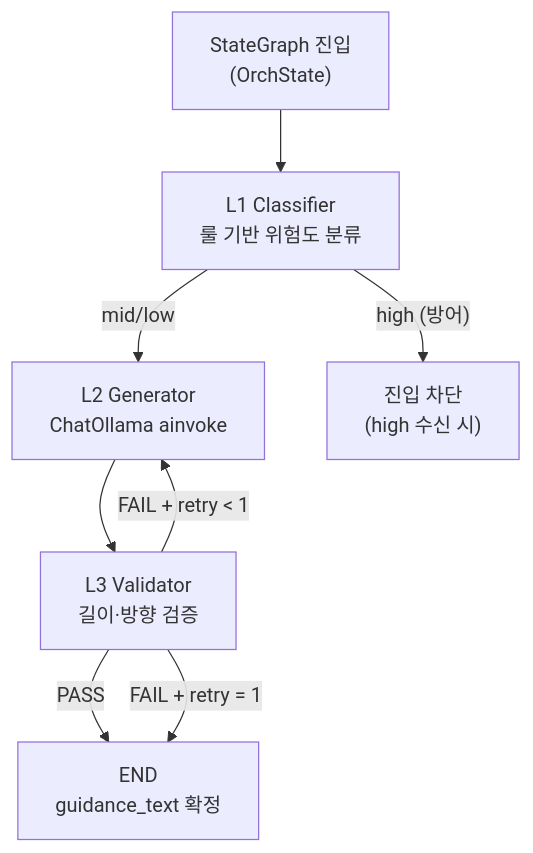
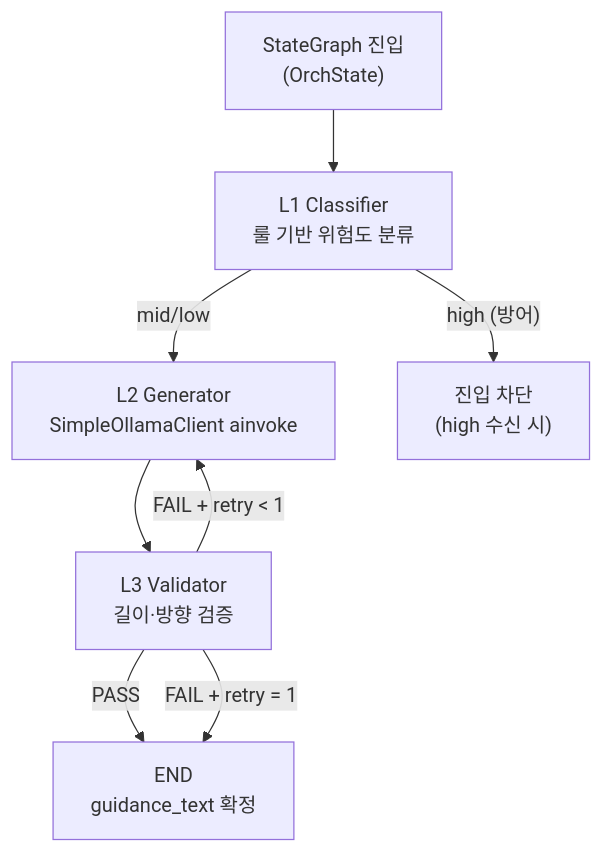
Before and after one commit to Groog-sudo/Minchodan: the second of 2 diagrams in docs/stage-guides/stage6_orchestration_design.md, drawn with Mermaid. The commit also changed other lines of this file and 3 other files, not shown here.

````diff
--- a/docs/stage-guides/stage6_orchestration_design.md
+++ b/docs/stage-guides/stage6_orchestration_design.md
@@ -195,17 +195,17 @@
 ```mermaid
 graph TD
     Entry["StateGraph 진입<br/>(OrchState)"]
     L1["L1 Classifier<br/>룰 기반 위험도 분류"]
-    L2["L2 Generator<br/>ChatOllama ainvoke"]
+    L2["L2 Generator<br/>SimpleOllamaClient ainvoke"]
     L3["L3 Validator<br/>길이·방향 검증"]
     End["END<br/>guidance_text 확정"]
     Block["진입 차단<br/>(high 수신 시)"]
 
     Entry --> L1
     L1 -->|"high (방어)"| Block
     L1 -->|"mid/low"| L2
     L2 --> L3
     L3 -->|"PASS"| End
     L3 -->|"FAIL + retry < 1"| L2
     L3 -->|"FAIL + retry = 1"| End
 ```
````
